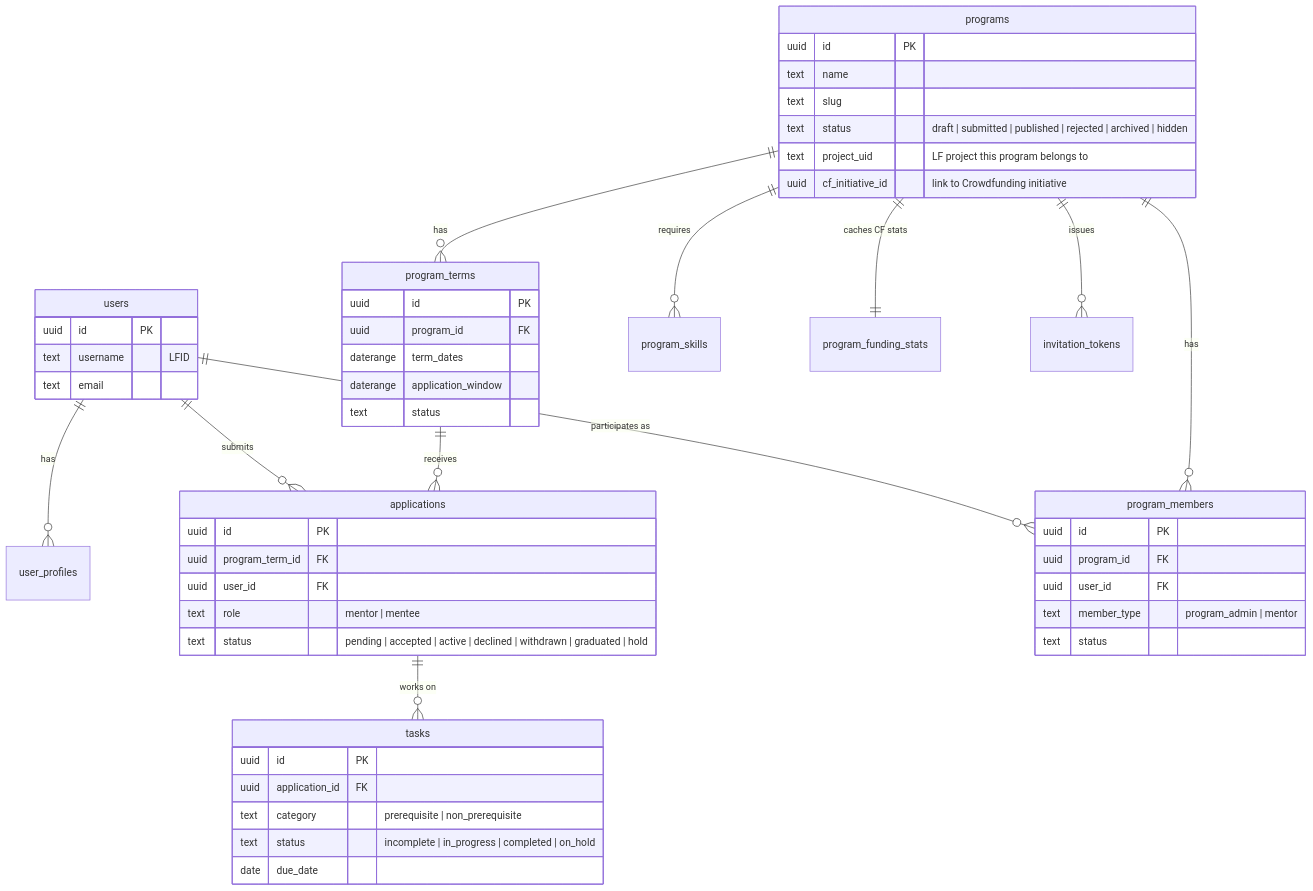
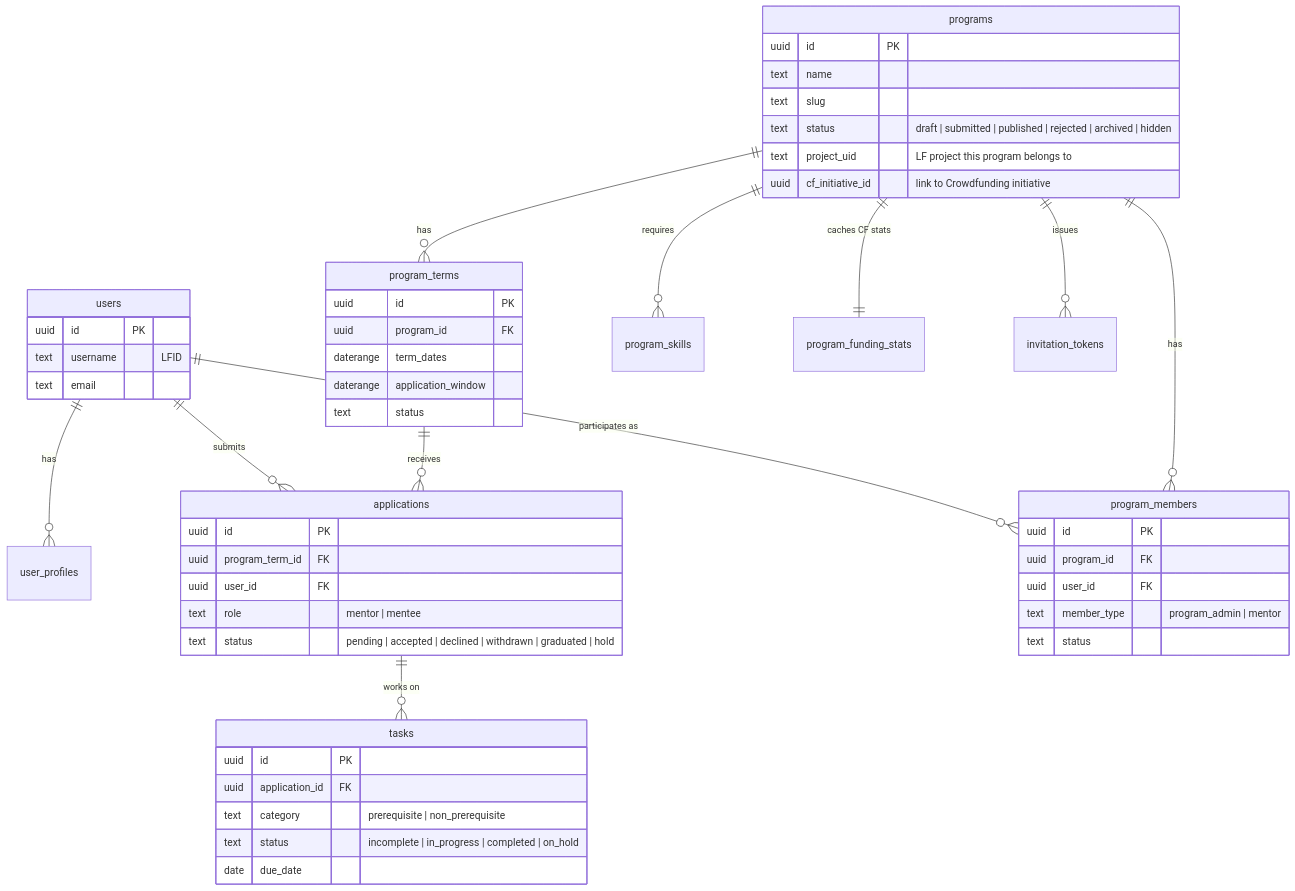
The second of 2 diagrams in docs/rewrite/02-target-architecture.md (linuxfoundation/lfx-mentorship), drawn with Mermaid before and after one commit. The commit also changed other lines of this file and 3 other files, not shown here.

````diff
--- a/docs/rewrite/02-target-architecture.md
+++ b/docs/rewrite/02-target-architecture.md
@@ -96,55 +96,55 @@
 ```mermaid
 erDiagram
     users ||--o{ user_profiles : has
     users ||--o{ applications : submits
     users ||--o{ program_members : "participates as"
     programs ||--o{ program_terms : has
     programs ||--o{ program_members : has
     programs ||--o{ program_skills : requires
     programs ||--|| program_funding_stats : "caches CF stats"
     program_terms ||--o{ applications : receives
     applications ||--o{ tasks : "works on"
     programs ||--o{ invitation_tokens : issues
 
     users {
         uuid id PK
         text username "LFID"
         text email
     }
     programs {
         uuid id PK
         text name
         text slug
         text status "draft | submitted | published | rejected | archived | hidden"
         text project_uid "LF project this program belongs to"
         uuid cf_initiative_id "link to Crowdfunding initiative"
     }
     program_terms {
         uuid id PK
         uuid program_id FK
         daterange term_dates
         daterange application_window
         text status
     }
     applications {
         uuid id PK
         uuid program_term_id FK
         uuid user_id FK
         text role "mentor | mentee"
-        text status "pending | accepted | active | declined | withdrawn | graduated | hold"
+        text status "pending | accepted | declined | withdrawn | graduated | hold"
     }
     program_members {
         uuid id PK
         uuid program_id FK
         uuid user_id FK
         text member_type "program_admin | mentor"
         text status
     }
     tasks {
         uuid id PK
         uuid application_id FK
         text category "prerequisite | non_prerequisite"
         text status "incomplete | in_progress | completed | on_hold"
         date due_date
     }
 ```
````
